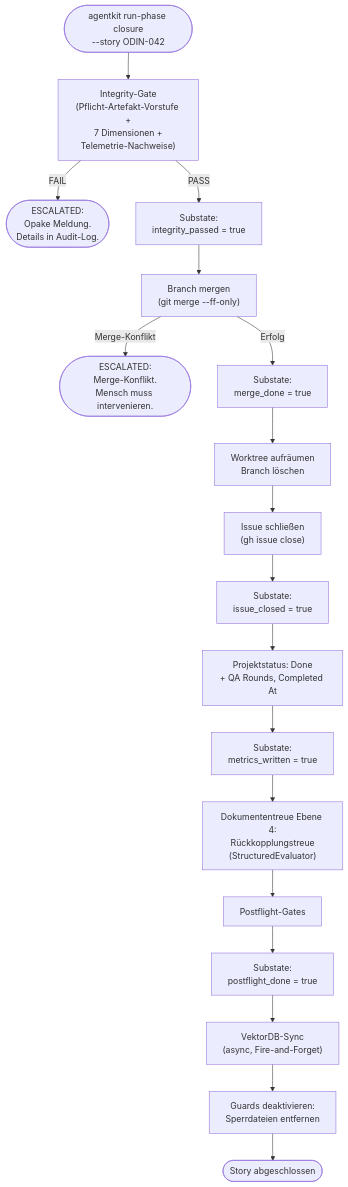
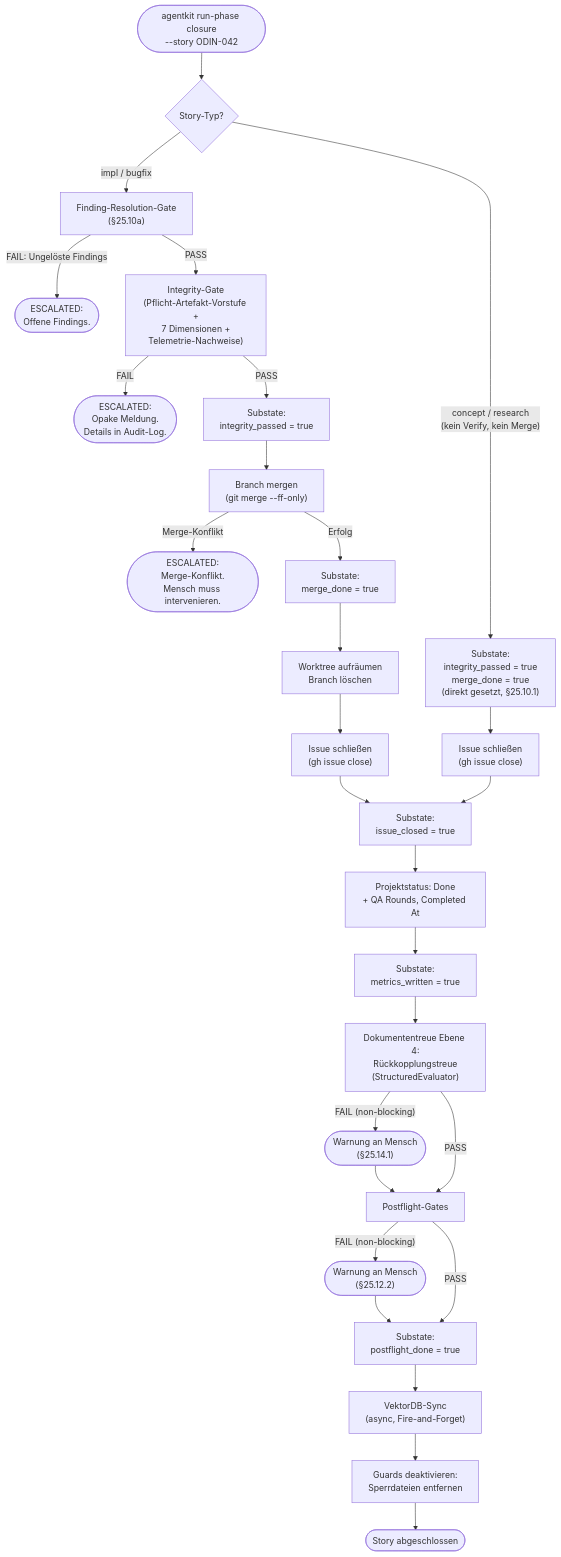
The second of 2 diagrams in concept/technical-design/25_verify_pipeline_closure_orchestration.md (saltenhof/claude-agentkit3), drawn with Mermaid before and after one commit. The commit also changed other lines of this file and 2 other files, not shown here.

First line of the commit message:
docs(concept): comprehensive review and correction of FK-20, FK-23, FK-25

````diff
--- a/concept/technical-design/25_verify_pipeline_closure_orchestration.md
+++ b/concept/technical-design/25_verify_pipeline_closure_orchestration.md
@@ -1055,27 +1301,40 @@
 ```mermaid
 flowchart TD
-    START(["agentkit run-phase closure<br/>--story ODIN-042"]) --> INTEGRITY
+    START(["agentkit run-phase closure<br/>--story ODIN-042"]) --> STYPE{Story-Typ?}
+
+    STYPE -->|"impl / bugfix"| FR
+    STYPE -->|"concept / research<br/>(kein Verify, kein Merge)"| CR_SUB1["Substate:<br/>integrity_passed = true<br/>merge_done = true<br/>(direkt gesetzt, §25.10.1)"]
+    CR_SUB1 --> CLOSE_CR["Issue schließen<br/>(gh issue close)"]
+    CLOSE_CR --> SUB3
+
+    FR["Finding-Resolution-Gate<br/>(§25.10a)"]
+    FR -->|"FAIL: Ungelöste Findings"| ESC_FR(["ESCALATED:<br/>Offene Findings."])
+    FR -->|PASS| INTEGRITY
 
     INTEGRITY["Integrity-Gate<br/>(Pflicht-Artefakt-Vorstufe +<br/>7 Dimensionen +<br/>Telemetrie-Nachweise)"]
     INTEGRITY -->|FAIL| ESC_I(["ESCALATED:<br/>Opake Meldung.<br/>Details in Audit-Log."])
     INTEGRITY -->|PASS| SUB1["Substate:<br/>integrity_passed = true"]
 
     SUB1 --> MERGE["Branch mergen<br/>(git merge --ff-only)"]
     MERGE -->|Merge-Konflikt| ESC_M(["ESCALATED:<br/>Merge-Konflikt.<br/>Mensch muss intervenieren."])
     MERGE -->|Erfolg| SUB2["Substate:<br/>merge_done = true"]
 
     SUB2 --> TEARDOWN["Worktree aufräumen<br/>Branch löschen"]
     TEARDOWN --> CLOSE["Issue schließen<br/>(gh issue close)"]
     CLOSE --> SUB3["Substate:<br/>issue_closed = true"]
 
     SUB3 --> STATUS["Projektstatus: Done<br/>+ QA Rounds, Completed At"]
     STATUS --> SUB4["Substate:<br/>metrics_written = true"]
 
     SUB4 --> DOCTREUE4["Dokumententreue Ebene 4:<br/>Rückkopplungstreue<br/>(StructuredEvaluator)"]
-    DOCTREUE4 --> POSTFLIGHT["Postflight-Gates"]
-    POSTFLIGHT --> SUB5["Substate:<br/>postflight_done = true"]
+    DOCTREUE4 -->|"FAIL (non-blocking)"| WARN_DT(["Warnung an Mensch<br/>(§25.14.1)"])
+    DOCTREUE4 -->|"PASS"| POSTFLIGHT["Postflight-Gates"]
+    WARN_DT --> POSTFLIGHT
+    POSTFLIGHT -->|"FAIL (non-blocking)"| WARN_PF(["Warnung an Mensch<br/>(§25.12.2)"])
+    POSTFLIGHT -->|"PASS"| SUB5["Substate:<br/>postflight_done = true"]
+    WARN_PF --> SUB5
 
     SUB5 --> VDBSYNC["VektorDB-Sync<br/>(async, Fire-and-Forget)"]
     VDBSYNC --> GUARDS_OFF["Guards deaktivieren:<br/>Sperrdateien entfernen"]
     GUARDS_OFF --> DONE(["Story abgeschlossen"])
 ```
````
